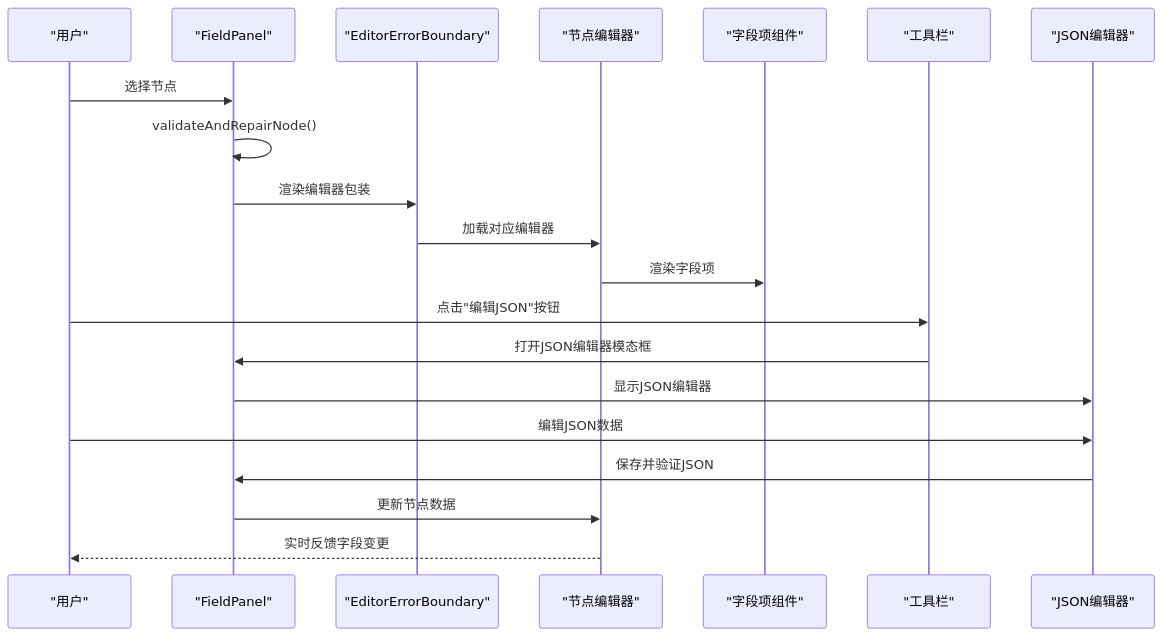
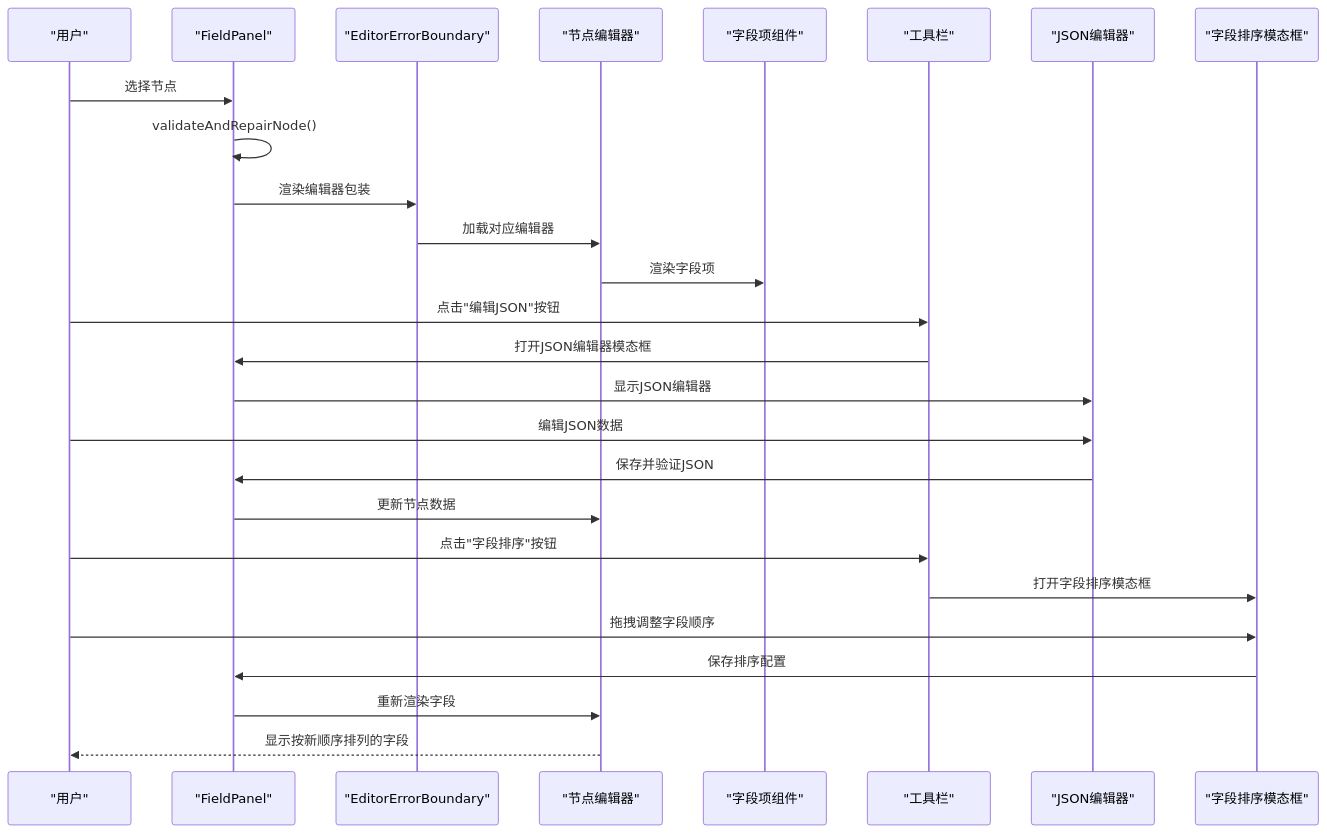
One commit to kqcoxn/MaaPipelineEditor changed the second of 10 diagrams in .qoder/repowiki/zh/content/用户界面/面板系统/字段面板.md. Above: the diagram before and after it, drawn with Mermaid. The commit also changed other lines of this file and 22 other files, not shown here.

````diff
--- a/.qoder/repowiki/zh/content/用户界面/面板系统/字段面板.md
+++ b/.qoder/repowiki/zh/content/用户界面/面板系统/字段面板.md
@@ -127,22 +166,28 @@
 ```mermaid
 sequenceDiagram
 participant U as "用户"
 participant FP as "FieldPanel"
 participant ED as "EditorErrorBoundary"
 participant E as "节点编辑器"
 participant F as "字段项组件"
 participant T as "工具栏"
 participant J as "JSON编辑器"
+participant FS as "字段排序模态框"
 U->>FP : 选择节点
 FP->>FP : validateAndRepairNode()
 FP->>ED : 渲染编辑器包装
 ED->>E : 加载对应编辑器
 E->>F : 渲染字段项
 U->>T : 点击"编辑JSON"按钮
 T->>FP : 打开JSON编辑器模态框
 FP->>J : 显示JSON编辑器
 U->>J : 编辑JSON数据
 J->>FP : 保存并验证JSON
 FP->>E : 更新节点数据
-E-->>U : 实时反馈字段变更
+U->>T : 点击"字段排序"按钮
+T->>FS : 打开字段排序模态框
+U->>FS : 拖拽调整字段顺序
+FS->>FP : 保存排序配置
+FP->>E : 重新渲染字段
+E-->>U : 显示按新顺序排列的字段
 ```
````
